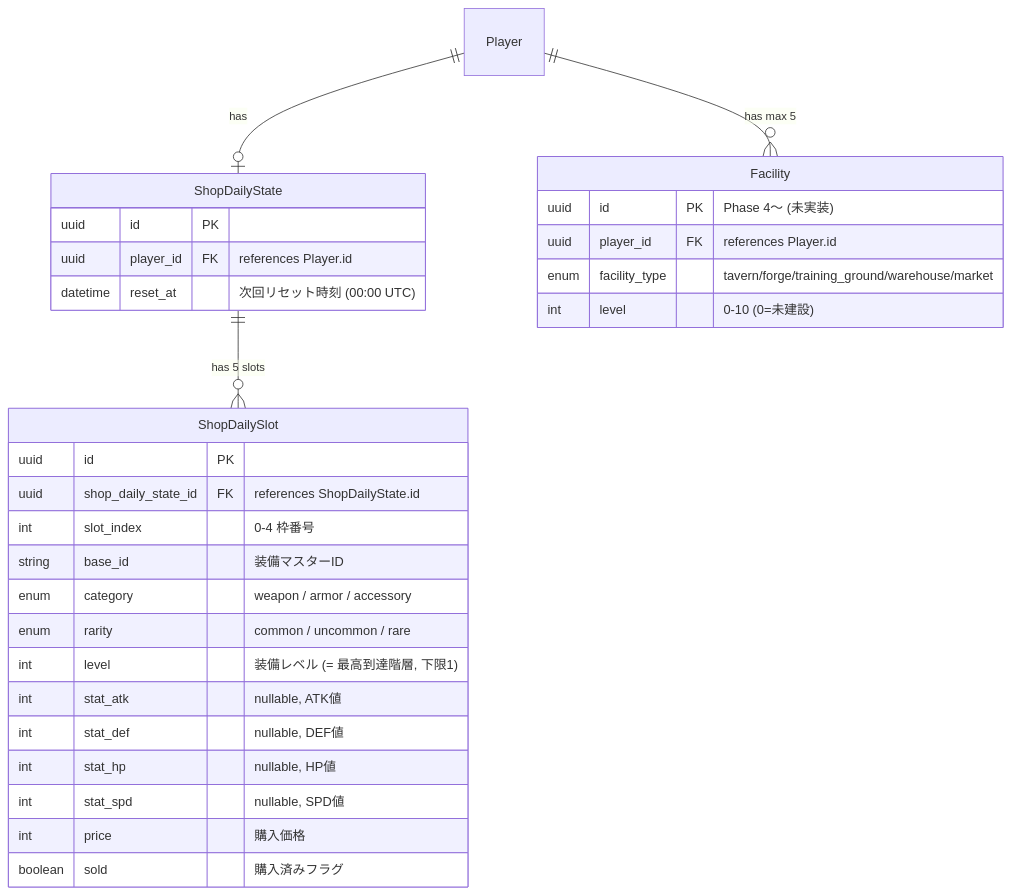
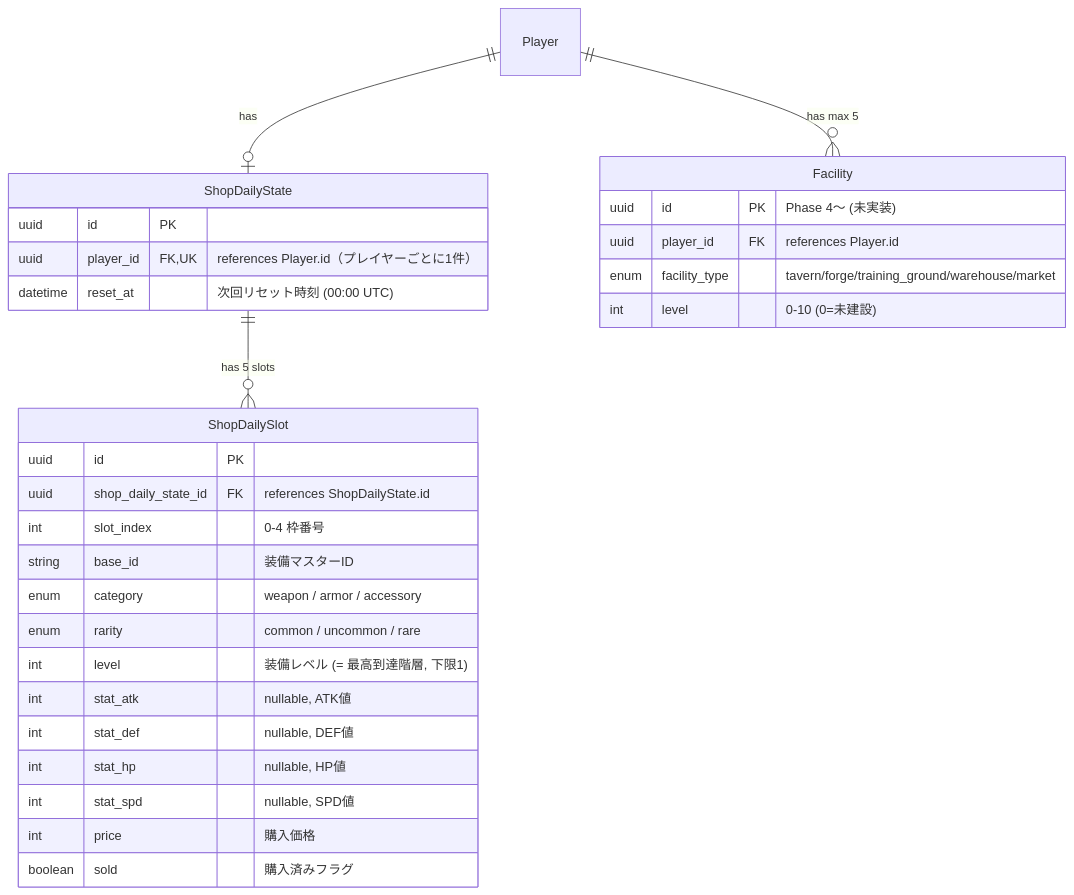
Before and after one commit to dateeee/2026_AFKGAME: the second of 2 diagrams in diagrams/er_diagram/item.md, drawn with Mermaid. The commit also changed other lines of this file and 41 other files, not shown here.

````diff
--- a/diagrams/er_diagram/item.md
+++ b/diagrams/er_diagram/item.md
@@ -56,37 +56,37 @@
 ```mermaid
 %%{init: {'theme': 'default', 'themeVariables': {'fontSize': '16px'}} }%%
 erDiagram
     Player ||--o| ShopDailyState : "has"
     Player ||--o{ Facility : "has max 5"
 
     ShopDailyState ||--o{ ShopDailySlot : "has 5 slots"
 
     ShopDailyState {
         uuid id PK
-        uuid player_id FK "references Player.id"
+        uuid player_id FK, UK "references Player.id（プレイヤーごとに1件）"
         datetime reset_at "次回リセット時刻 (00:00 UTC)"
     }
 
     ShopDailySlot {
         uuid id PK
         uuid shop_daily_state_id FK "references ShopDailyState.id"
         int slot_index "0-4 枠番号"
         string base_id "装備マスターID"
         enum category "weapon / armor / accessory"
         enum rarity "common / uncommon / rare"
         int level "装備レベル (= 最高到達階層, 下限1)"
         int stat_atk "nullable, ATK値"
         int stat_def "nullable, DEF値"
         int stat_hp "nullable, HP値"
         int stat_spd "nullable, SPD値"
         int price "購入価格"
         boolean sold "購入済みフラグ"
     }
 
     Facility {
         uuid id PK "Phase 4〜 (未実装)"
         uuid player_id FK "references Player.id"
         enum facility_type "tavern/forge/training_ground/warehouse/market"
         int level "0-10 (0=未建設)"
     }
 ```
````
